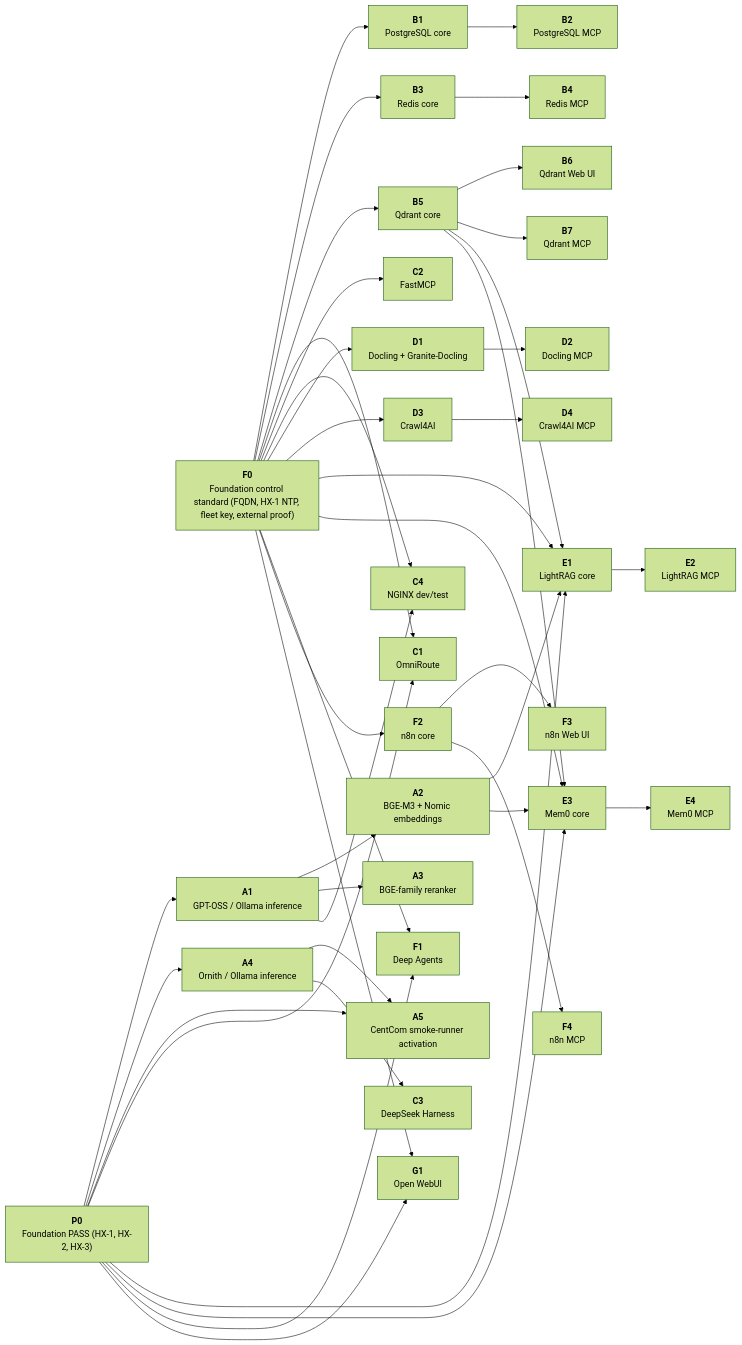
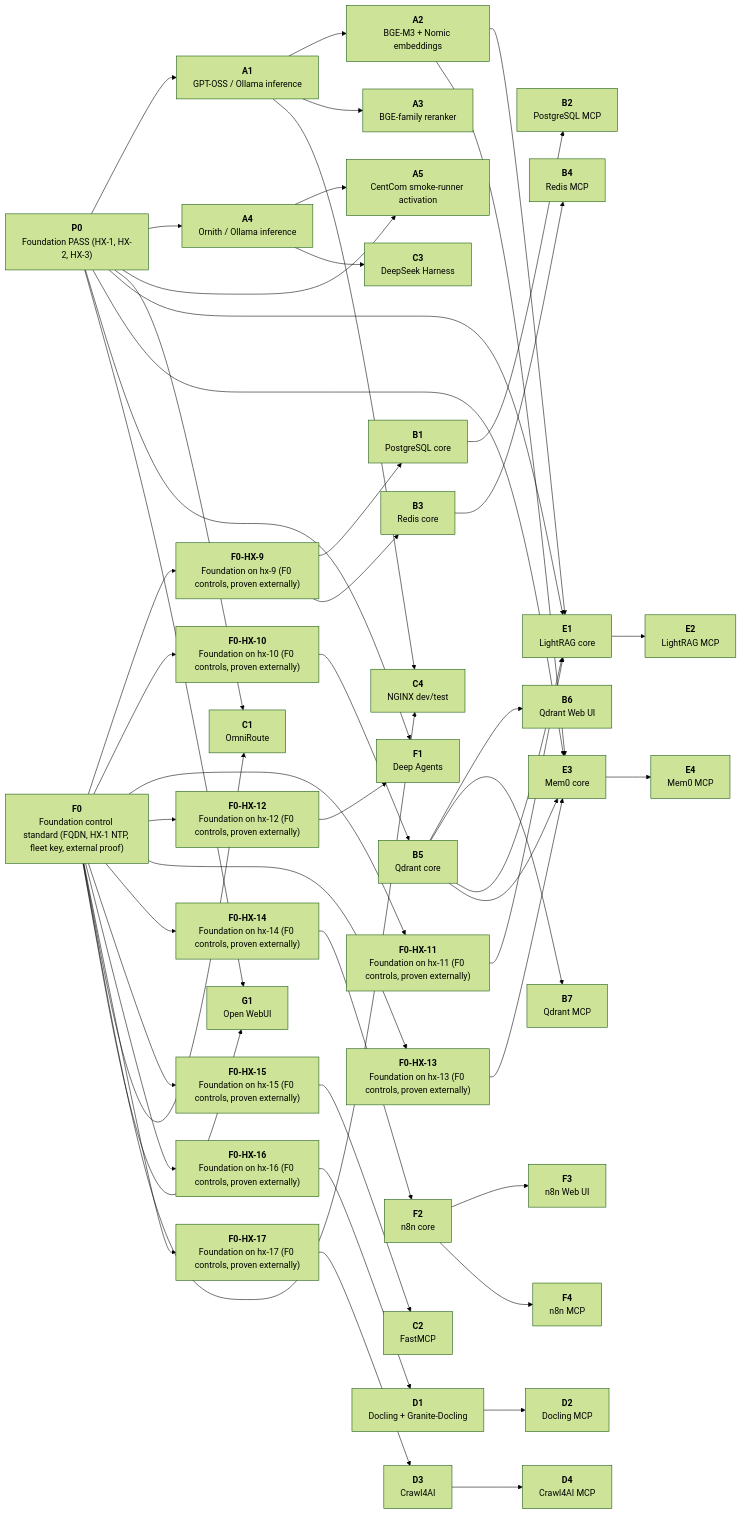
One commit to HX-Infratstructure/HX-Eco-System changed the diagram in docs/00-control/HX-ECO-SYSTEM-SMOKE-TEST-ROADMAP.md. Above: the diagram before and after it, drawn with Mermaid (forest theme). The commit also changed other lines of this file and 1 other file, not shown here.

Commit message:
Regenerate the roadmap blocks from hx-proof.tsv
Generator output only. tools/hx-doc/hx-proof rewrote the phase 0 table
and the DAG for the nine per-host foundation rows, and
tools/hx-doc/hx-render-html refreshed the HTML mirror. AGENTS.md section
13 requires both before a push, and hx-proof --check and
hx-render-html --check fail the branch without them.

```diff
--- a/docs/00-control/HX-ECO-SYSTEM-SMOKE-TEST-ROADMAP.md
+++ b/docs/00-control/HX-ECO-SYSTEM-SMOKE-TEST-ROADMAP.md
@@ -232,6 +241,15 @@
 flowchart LR
     P0["<b>P0</b><br/>Foundation PASS (HX-1, HX-2, HX-3)"]
     F0["<b>F0</b><br/>Foundation control standard (FQDN, HX-1 NTP, fleet key, external proof)"]
+    F0-HX-9["<b>F0-HX-9</b><br/>Foundation on hx-9 (F0 controls, proven externally)"]
+    F0-HX-10["<b>F0-HX-10</b><br/>Foundation on hx-10 (F0 controls, proven externally)"]
+    F0-HX-11["<b>F0-HX-11</b><br/>Foundation on hx-11 (F0 controls, proven externally)"]
+    F0-HX-12["<b>F0-HX-12</b><br/>Foundation on hx-12 (F0 controls, proven externally)"]
+    F0-HX-13["<b>F0-HX-13</b><br/>Foundation on hx-13 (F0 controls, proven externally)"]
+    F0-HX-14["<b>F0-HX-14</b><br/>Foundation on hx-14 (F0 controls, proven externally)"]
+    F0-HX-15["<b>F0-HX-15</b><br/>Foundation on hx-15 (F0 controls, proven externally)"]
+    F0-HX-16["<b>F0-HX-16</b><br/>Foundation on hx-16 (F0 controls, proven externally)"]
+    F0-HX-17["<b>F0-HX-17</b><br/>Foundation on hx-17 (F0 controls, proven externally)"]
     A1["<b>A1</b><br/>GPT-OSS / Ollama inference"]
     A2["<b>A2</b><br/>BGE-M3 + Nomic embeddings"]
     A3["<b>A3</b><br/>BGE-family reranker"]
@@ -262,42 +280,51 @@
     F4["<b>F4</b><br/>n8n MCP"]
     G1["<b>G1</b><br/>Open WebUI"]
 
+    F0 --> F0-HX-9
+    F0 --> F0-HX-10
+    F0 --> F0-HX-11
+    F0 --> F0-HX-12
+    F0 --> F0-HX-13
+    F0 --> F0-HX-14
+    F0 --> F0-HX-15
+    F0 --> F0-HX-16
+    F0 --> F0-HX-17
     P0 --> A1
     A1 --> A2
     A1 --> A3
     P0 --> A4
     A4 --> A5
     P0 --> A5
-    F0 --> B1
+    F0-HX-9 --> B1
     B1 --> B2
-    F0 --> B3
+    F0-HX-9 --> B3
     B3 --> B4
-    F0 --> B5
+    F0-HX-10 --> B5
     B5 --> B6
     B5 --> B7
     P0 --> C1
     F0 --> C1
-    F0 --> C2
+    F0-HX-15 --> C2
     A4 --> C3
     A1 --> C4
     F0 --> C4
-    F0 --> D1
+    F0-HX-16 --> D1
     D1 --> D2
-    F0 --> D3
+    F0-HX-17 --> D3
     D3 --> D4
     B5 --> E1
     A2 --> E1
     P0 --> E1
-    F0 --> E1
+    F0-HX-11 --> E1
     E1 --> E2
     B5 --> E3
     A2 --> E3
     P0 --> E3
-    F0 --> E3
+    F0-HX-13 --> E3
     E3 --> E4
     P0 --> F1
-    F0 --> F1
-    F0 --> F2
+    F0-HX-12 --> F1
+    F0-HX-14 --> F2
     F2 --> F3
     F2 --> F4
     P0 --> G1
```
